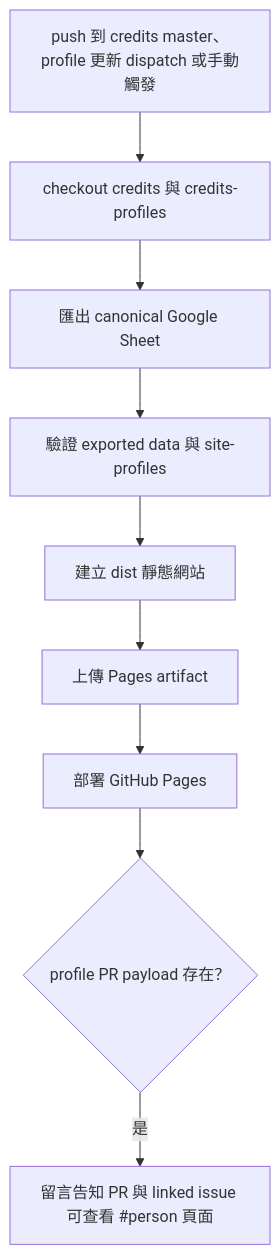
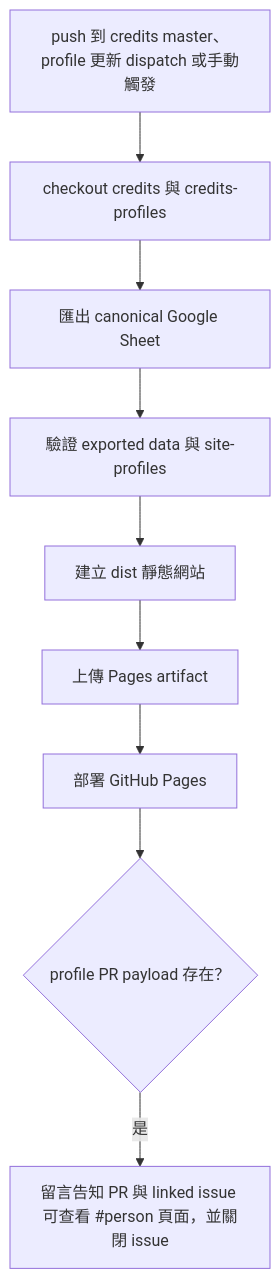
Before and after one commit to sitcon-tw/credits: the third of 4 diagrams in docs/workflows.md, drawn with Mermaid. The commit also changed other lines of this file and 4 other files, not shown here.

````diff
--- a/docs/workflows.md
+++ b/docs/workflows.md
@@ -73,11 +73,11 @@
 ```mermaid
 flowchart TD
   push["push 到 credits master、profile 更新 dispatch 或手動觸發"] --> checkout["checkout credits 與 credits-profiles"]
   checkout --> export["匯出 canonical Google Sheet"]
   export --> validate["驗證 exported data 與 site-profiles"]
   validate --> build["建立 dist 靜態網站"]
   build --> artifact["上傳 Pages artifact"]
   artifact --> deploy["部署 GitHub Pages"]
   deploy --> publishedComment{"profile PR payload 存在？"}
-  publishedComment -->|是| comment["留言告知 PR 與 linked issue 可查看 #person 頁面"]
+  publishedComment -->|是| comment["留言告知 PR 與 linked issue 可查看 #person 頁面，並關閉 issue"]
 ```
````
